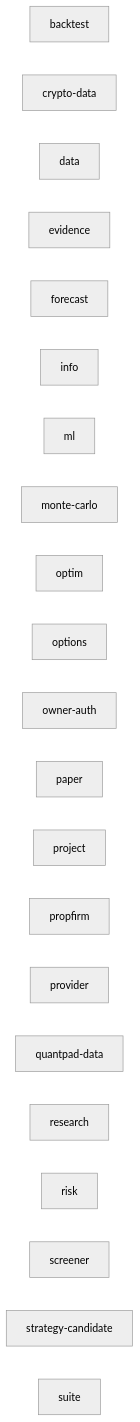
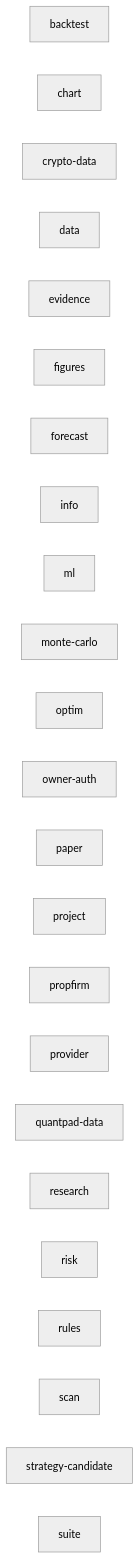
The diagram in docs/atlas/cli-flow.md (tradingsystem1880-eng/Project-ALPHA), drawn with Mermaid (neutral theme) before and after one commit. The commit also changed other lines of this file and 114 other files, not shown here.

````diff
--- a/docs/atlas/cli-flow.md
+++ b/docs/atlas/cli-flow.md
@@ -8,24 +8,26 @@
 ```mermaid
 flowchart LR
     n0["backtest"]
-    n1["crypto-data"]
-    n2["data"]
-    n3["evidence"]
-    n4["forecast"]
-    n5["info"]
-    n6["ml"]
-    n7["monte-carlo"]
-    n8["optim"]
-    n9["options"]
-    n10["owner-auth"]
-    n11["paper"]
-    n12["project"]
-    n13["propfirm"]
-    n14["provider"]
-    n15["quantpad-data"]
-    n16["research"]
-    n17["risk"]
-    n18["screener"]
-    n19["strategy-candidate"]
-    n20["suite"]
+    n1["chart"]
+    n2["crypto-data"]
+    n3["data"]
+    n4["evidence"]
+    n5["figures"]
+    n6["forecast"]
+    n7["info"]
+    n8["ml"]
+    n9["monte-carlo"]
+    n10["optim"]
+    n11["owner-auth"]
+    n12["paper"]
+    n13["project"]
+    n14["propfirm"]
+    n15["provider"]
+    n16["quantpad-data"]
+    n17["research"]
+    n18["risk"]
+    n19["rules"]
+    n20["scan"]
+    n21["strategy-candidate"]
+    n22["suite"]
 ```
````
